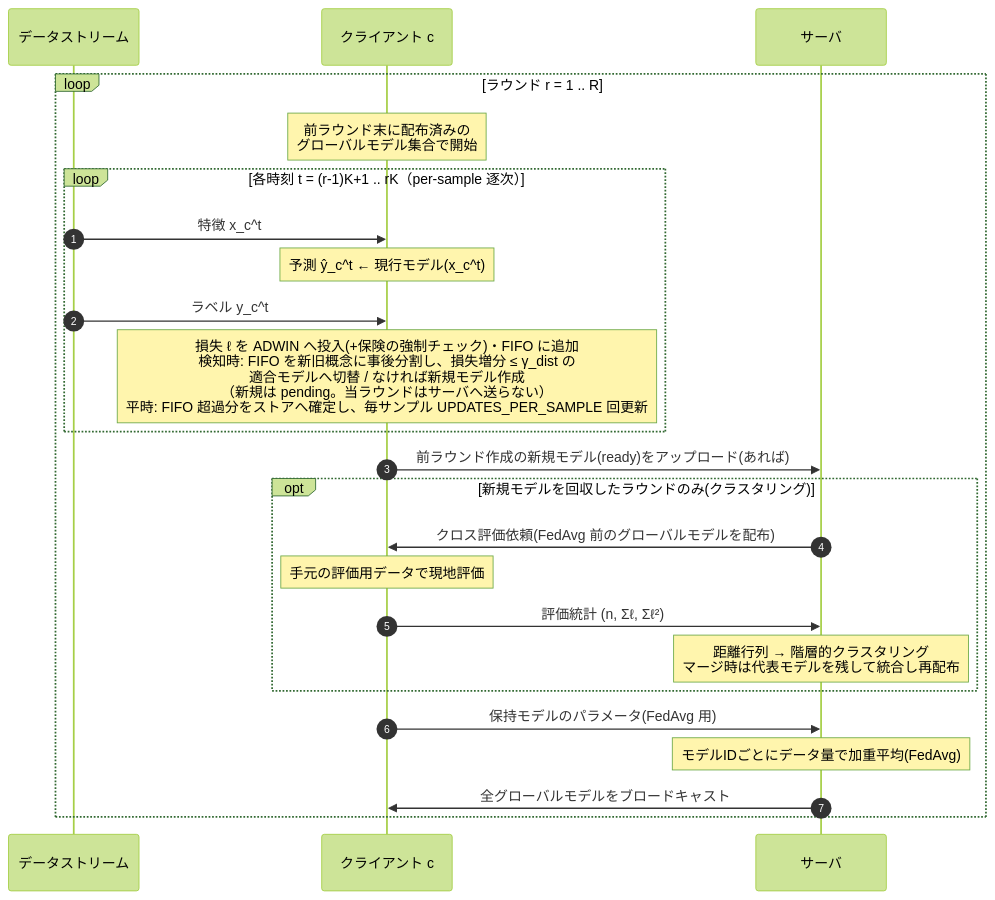
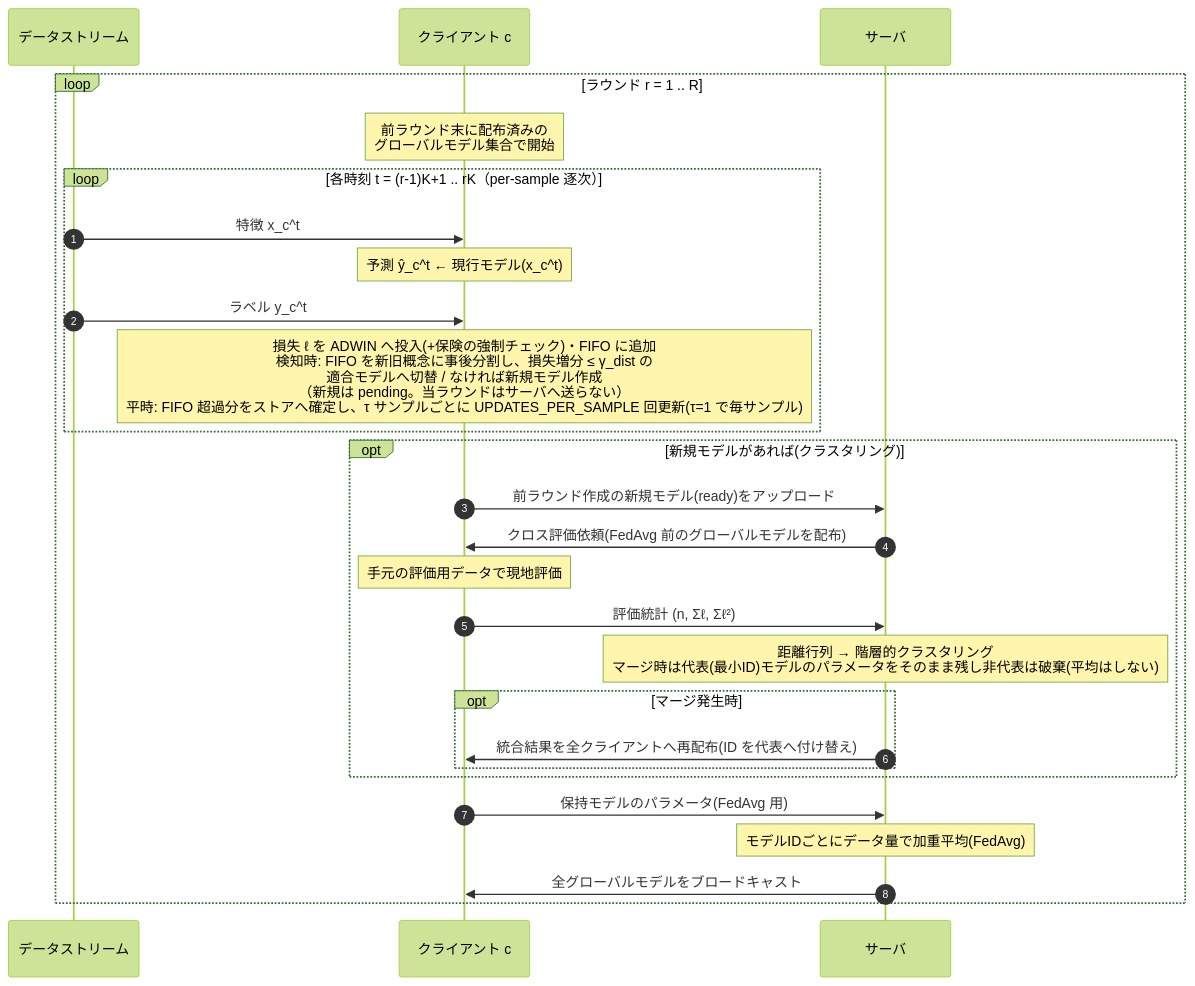
The first of 4 diagrams in docs/sequence-diagrams.md (shimmen3141/FedSDA-experiment), drawn with Mermaid (forest theme) before and after one commit. The commit also changed other lines of this file, not shown here.

First line of the commit message:
@ docs: シーケンス図をレビューに基づき実装の通信に忠実化

````diff
--- a/docs/sequence-diagrams.md
+++ b/docs/sequence-diagrams.md
@@ -31,29 +40,32 @@
 ```mermaid
 sequenceDiagram
     autonumber
     participant D as データストリーム
     participant C as クライアント c
     participant S as サーバ
 
     loop ラウンド r = 1 .. R
         Note over C: 前ラウンド末に配布済みの<br/>グローバルモデル集合で開始
 
         loop 各時刻 t = (r-1)K+1 .. rK（per-sample 逐次）
             D->>C: 特徴 x_c^t
             Note over C: 予測 ŷ_c^t ← 現行モデル(x_c^t)
             D->>C: ラベル y_c^t
-            Note over C: 損失 ℓ を ADWIN へ投入(+保険の強制チェック)・FIFO に追加<br/>検知時: FIFO を新旧概念に事後分割し、損失増分 ≤ γ_dist の<br/>適合モデルへ切替 / なければ新規モデル作成<br/>（新規は pending。当ラウンドはサーバへ送らない）<br/>平時: FIFO 超過分をストアへ確定し、毎サンプル UPDATES_PER_SAMPLE 回更新
+            Note over C: 損失 ℓ を ADWIN へ投入(+保険の強制チェック)・FIFO に追加<br/>検知時: FIFO を新旧概念に事後分割し、損失増分 ≤ γ_dist の<br/>適合モデルへ切替 / なければ新規モデル作成<br/>（新規は pending。当ラウンドはサーバへ送らない）<br/>平時: FIFO 超過分をストアへ確定し、τ サンプルごとに UPDATES_PER_SAMPLE 回更新(τ=1 で毎サンプル)
         end
 
-        C->>S: 前ラウンド作成の新規モデル(ready)をアップロード(あれば)
-        opt 新規モデルを回収したラウンドのみ(クラスタリング)
+        opt 新規モデルがあれば(クラスタリング)
+            C->>S: 前ラウンド作成の新規モデル(ready)をアップロード
             S->>C: クロス評価依頼(FedAvg 前のグローバルモデルを配布)
             Note over C: 手元の評価用データで現地評価
             C->>S: 評価統計 (n, Σℓ, Σℓ²)
-            Note over S: 距離行列 → 階層的クラスタリング<br/>マージ時は代表モデルを残して統合し再配布
+            Note over S: 距離行列 → 階層的クラスタリング<br/>マージ時は代表(最小ID)モデルのパラメータをそのまま残し非代表は破棄(平均はしない)
+            opt マージ発生時
+                S->>C: 統合結果を全クライアントへ再配布(ID を代表へ付け替え)
+            end
         end
         C->>S: 保持モデルのパラメータ(FedAvg 用)
         Note over S: モデルIDごとにデータ量で加重平均(FedAvg)
         S->>C: 全グローバルモデルをブロードキャスト
     end
 ```
````
